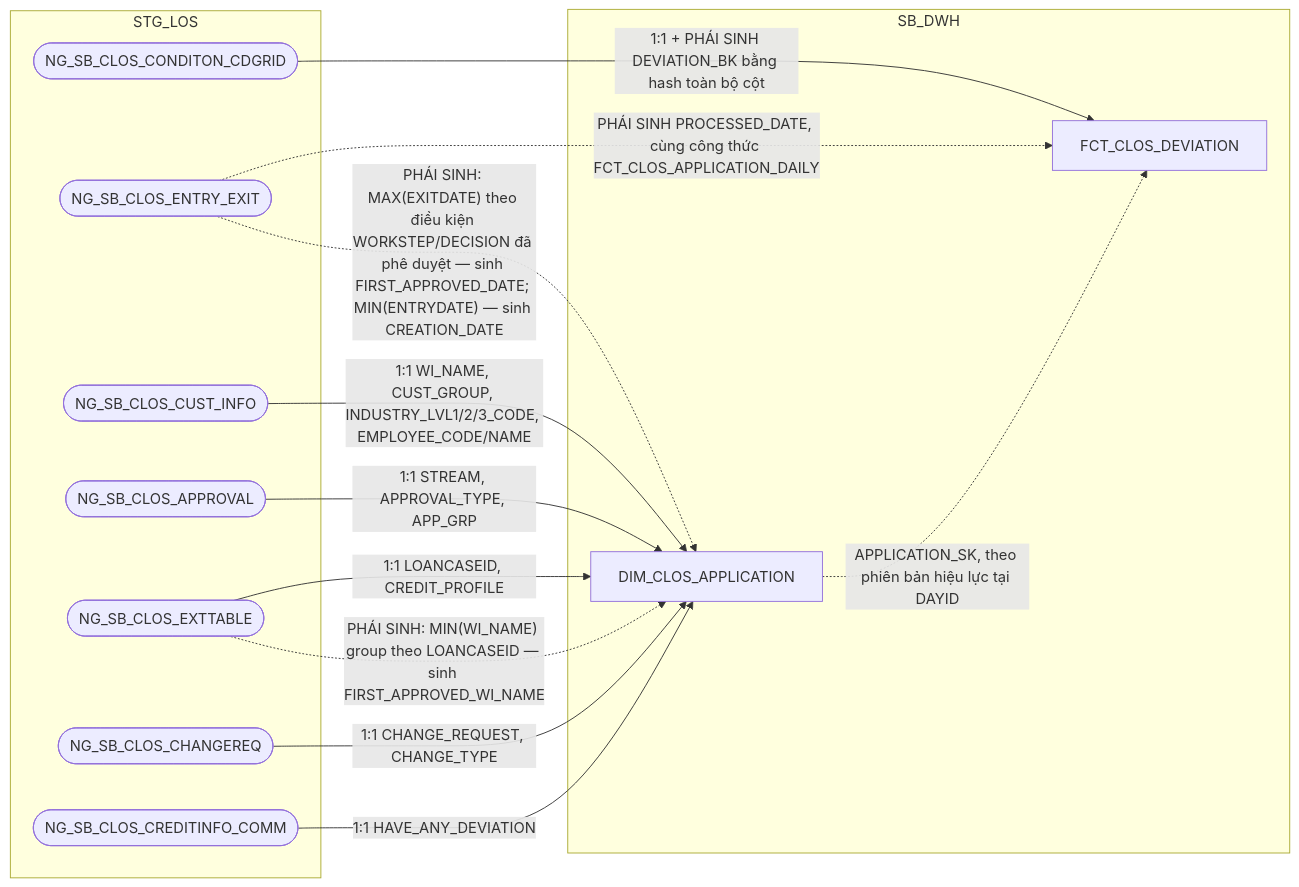
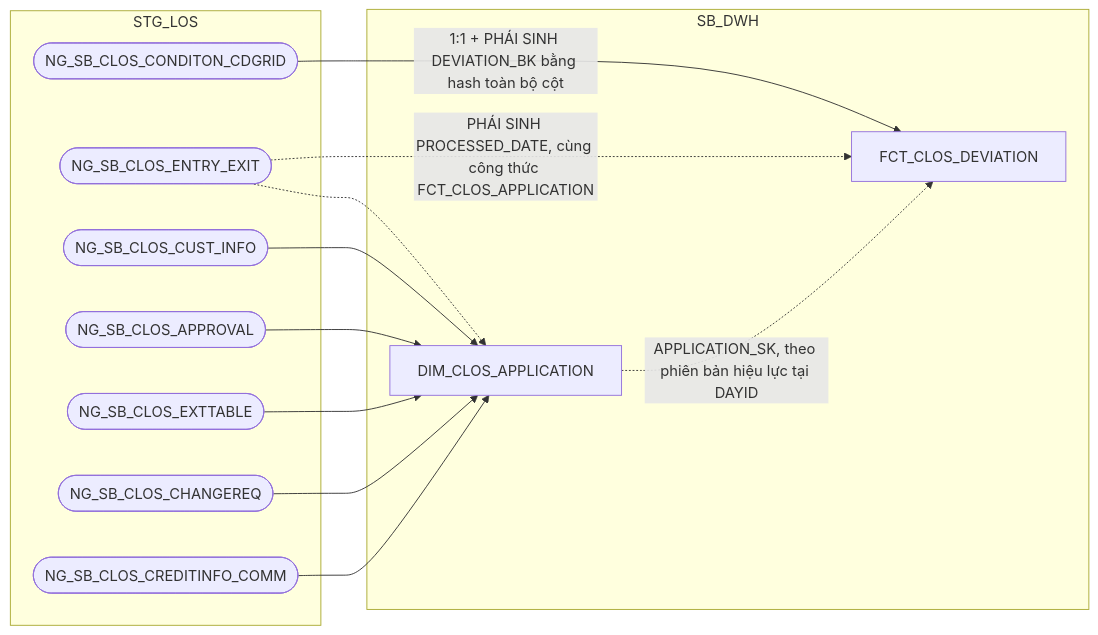
The fourth of 14 diagrams in hld/hld_review/HLD_FCT_SB_DWH_review.md (chien1198/sb-mapping-gen), drawn with Mermaid before and after one commit. The commit also changed other lines of this file and 183 other files, not shown here.

````diff
--- a/hld/hld_review/HLD_FCT_SB_DWH_review.md
+++ b/hld/hld_review/HLD_FCT_SB_DWH_review.md
@@ -375,26 +290,25 @@
 ```mermaid
 flowchart LR
     subgraph STG_LOS
         A(["NG_SB_CLOS_CONDITON_CDGRID"])
         E(["NG_SB_CLOS_ENTRY_EXIT"])
         H(["NG_SB_CLOS_CUST_INFO"])
         I(["NG_SB_CLOS_APPROVAL"])
         J(["NG_SB_CLOS_EXTTABLE"])
         K(["NG_SB_CLOS_CHANGEREQ"])
         L(["NG_SB_CLOS_CREDITINFO_COMM"])
     end
     subgraph SB_DWH
         D["DIM_CLOS_APPLICATION"]
         C["FCT_CLOS_DEVIATION"]
     end
     A -->|1:1 + PHÁI SINH DEVIATION_BK bằng hash toàn bộ cột| C
     D -.->|APPLICATION_SK, theo phiên bản hiệu lực tại DAYID| C
-    E -.->|PHÁI SINH PROCESSED_DATE, cùng công thức FCT_CLOS_APPLICATION_DAILY| C
-    H -->|1:1 WI_NAME, CUST_GROUP, INDUSTRY_LVL1/2/3_CODE, EMPLOYEE_CODE/NAME| D
-    I -->|1:1 STREAM, APPROVAL_TYPE, APP_GRP| D
-    J -->|1:1 LOANCASEID, CREDIT_PROFILE| D
-    J -.->|"PHÁI SINH: MIN(WI_NAME) group theo LOANCASEID — sinh FIRST_APPROVED_WI_NAME"| D
-    K -->|1:1 CHANGE_REQUEST, CHANGE_TYPE| D
-    E -.->|"PHÁI SINH: MAX(EXITDATE) theo điều kiện WORKSTEP/DECISION đã phê duyệt — sinh FIRST_APPROVED_DATE; MIN(ENTRYDATE) — sinh CREATION_DATE"| D
-    L -->|1:1 HAVE_ANY_DEVIATION| D
+    E -.->|PHÁI SINH PROCESSED_DATE, cùng công thức FCT_CLOS_APPLICATION| C
+    H --> D
+    I --> D
+    J --> D
+    K --> D
+    E -.-> D
+    L --> D
 ```
````
